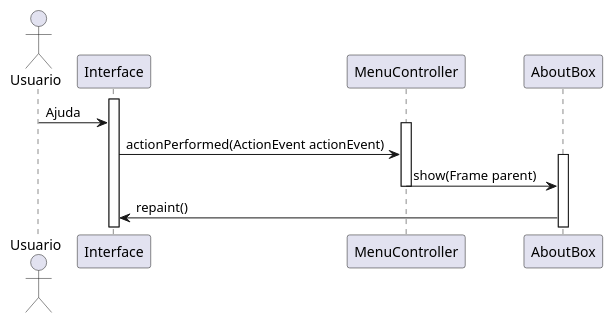
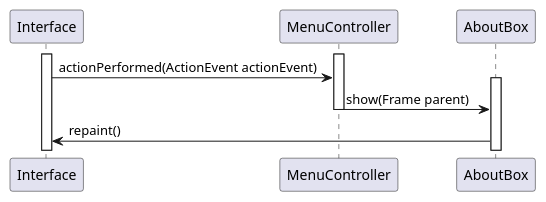
Before and after one commit to gabrielrtlima/diagramas-padroes-projeto: the diagram in sequencias/ajudaSobre.puml, drawn with PlantUML. The commit also changed 4 other files, not shown here.

Commit message:
tirand o ator do diagrama de sequencia

```diff
--- a/sequencias/ajudaSobre.puml
+++ b/sequencias/ajudaSobre.puml
@@ -1,17 +1,15 @@
 @startuml
 
-Actor Usuario as Usuario
 
 Activate Interface
-Usuario -> Interface : Ajuda
 
 Activate MenuController
 Interface -> MenuController : actionPerformed(ActionEvent actionEvent)
 
 Activate AboutBox
 MenuController -> AboutBox : show(Frame parent)
 Deactivate MenuController
 
 AboutBox -> Interface : repaint()
 
 @enduml
```
